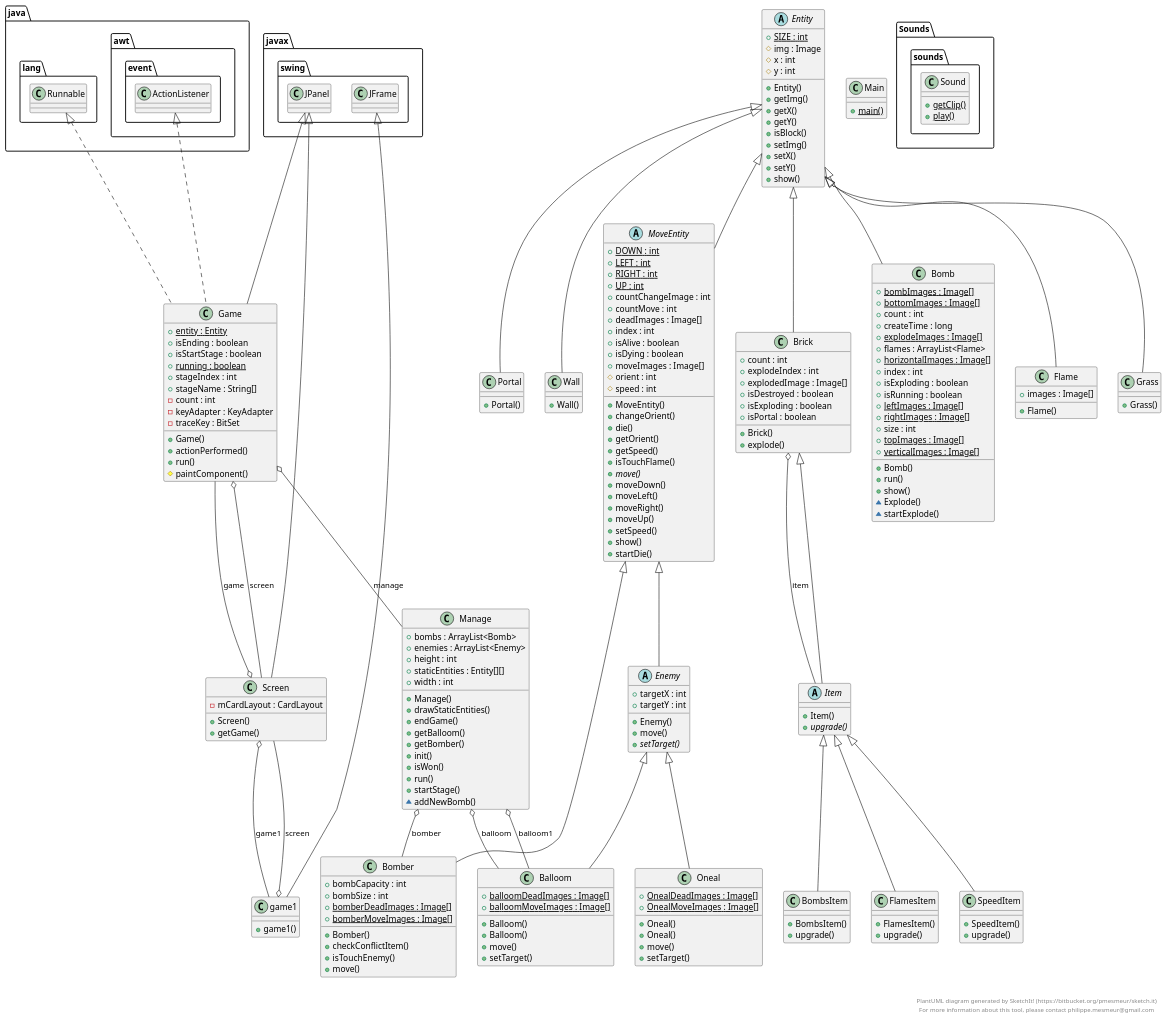
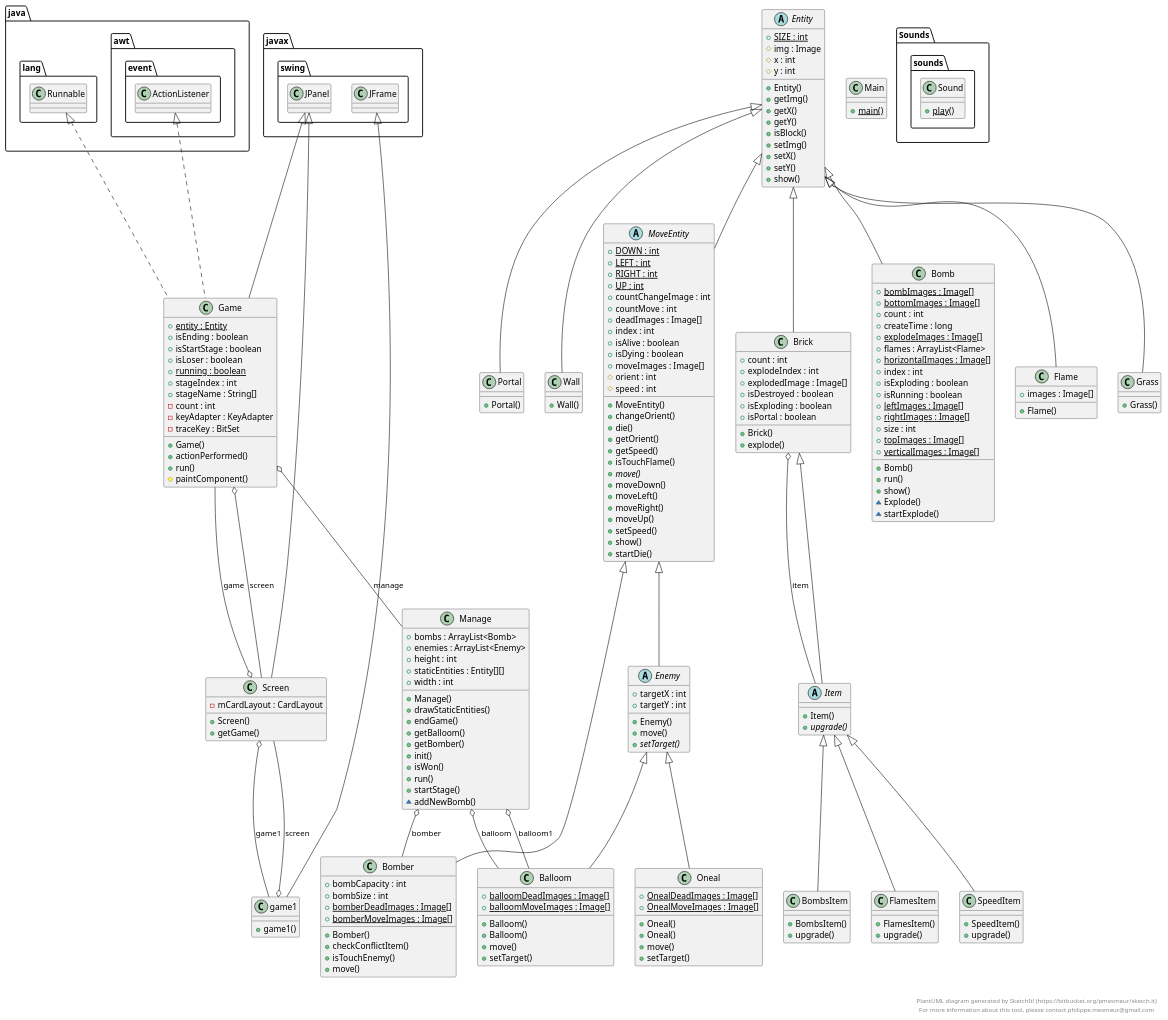
The diagram in src/test.puml (homal21/bomberman), drawn with PlantUML before and after one commit. The commit also changed 14 other files, not shown here.

```diff
--- a/src/test.puml
+++ b/src/test.puml
@@ -121,6 +121,7 @@
             {static} + entity : Entity
             + isEnding : boolean
             + isStartStage : boolean
+            + isLoser : boolean
             {static} + running : boolean
             + stageIndex : int
             + stageName : String[]
@@ -262,40 +263,39 @@
 
         namespace Sounds {
           class sounds.Sound {
-              {static} + getClip()
               {static} + play()
           }
         }
 
       Balloom -up-|> Enemy
-      Bomb -up-|> Entity
-      Bomber -up-|> MoveEntity
-      BombsItem -up-|> Item
-      Brick -up-|> Entity
-      Brick o-- Item : item
-      Enemy -up-|> MoveEntity
-      Flame -up-|> Entity
-      FlamesItem -up-|> Item
-      Game .up.|> java.awt.event.ActionListener
-      Game .up.|> java.lang.Runnable
-      Game -up-|> javax.swing.JPanel
-      Game o-- Manage : manage
-      Game o-- Screen : screen
-      Grass -up-|> Entity
-      Item -up-|> Brick
-      Manage o-- Balloom : balloom
-      Manage o-- Balloom : balloom1
-      Manage o-- Bomber : bomber
-      MoveEntity -up-|> Entity
-      Oneal -up-|> Enemy
-      Portal -up-|> Entity
-      Screen -up-|> javax.swing.JPanel
-      Screen o-- Game : game
-      Screen o-- game1 : game1
-      SpeedItem -up-|> Item
-      Wall -up-|> Entity
-      game1 -up-|> javax.swing.JFrame
-      game1 o-- Screen : screen
+        Bomb -up-|> Entity
+        Bomber -up-|> MoveEntity
+        BombsItem -up-|> Item
+        Brick -up-|> Entity
+        Brick o-- Item : item
+        Enemy -up-|> MoveEntity
+        Flame -up-|> Entity
+        FlamesItem -up-|> Item
+        Game .up.|> java.awt.event.ActionListener
+        Game .up.|> java.lang.Runnable
+        Game -up-|> javax.swing.JPanel
+        Game o-- Manage : manage
+        Game o-- Screen : screen
+        Grass -up-|> Entity
+        Item -up-|> Brick
+        Manage o-- Balloom : balloom
+        Manage o-- Balloom : balloom1
+        Manage o-- Bomber : bomber
+        MoveEntity -up-|> Entity
+        Oneal -up-|> Enemy
+        Portal -up-|> Entity
+        Screen -up-|> javax.swing.JPanel
+        Screen o-- Game : game
+        Screen o-- game1 : game1
+        SpeedItem -up-|> Item
+        Wall -up-|> Entity
+        game1 -up-|> javax.swing.JFrame
+        game1 o-- Screen : screen
 
 
     right footer
```
